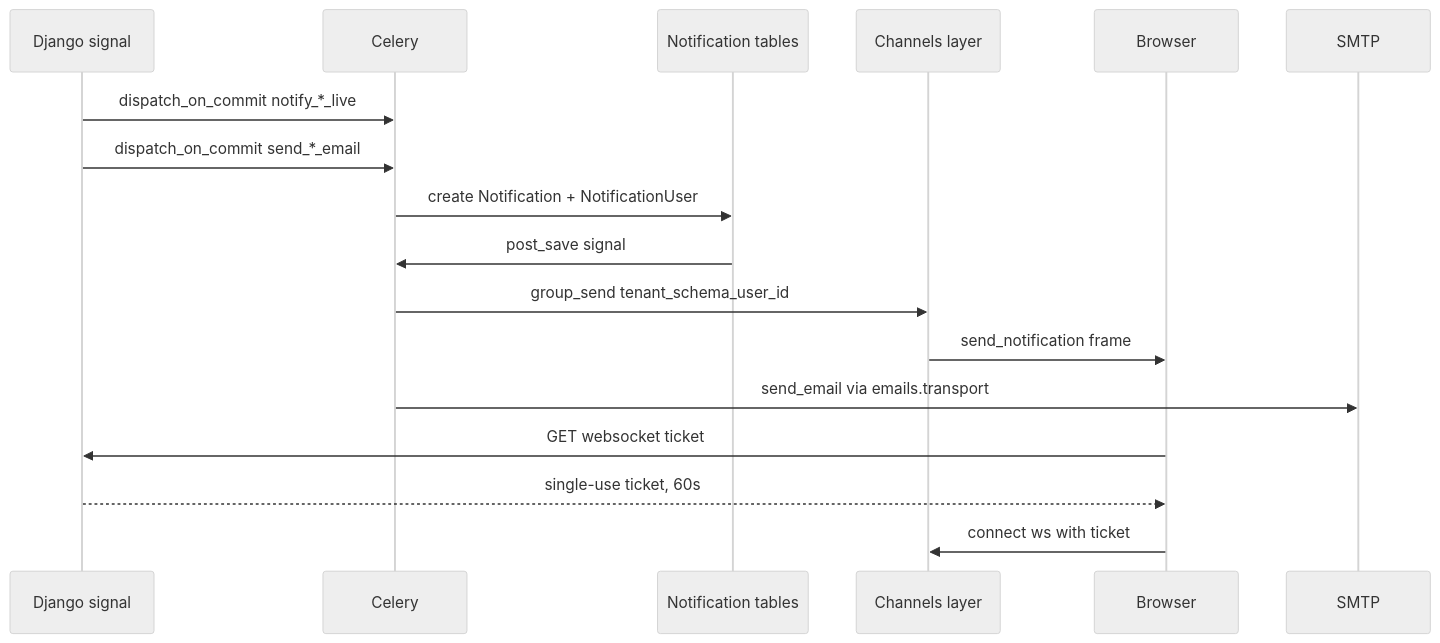
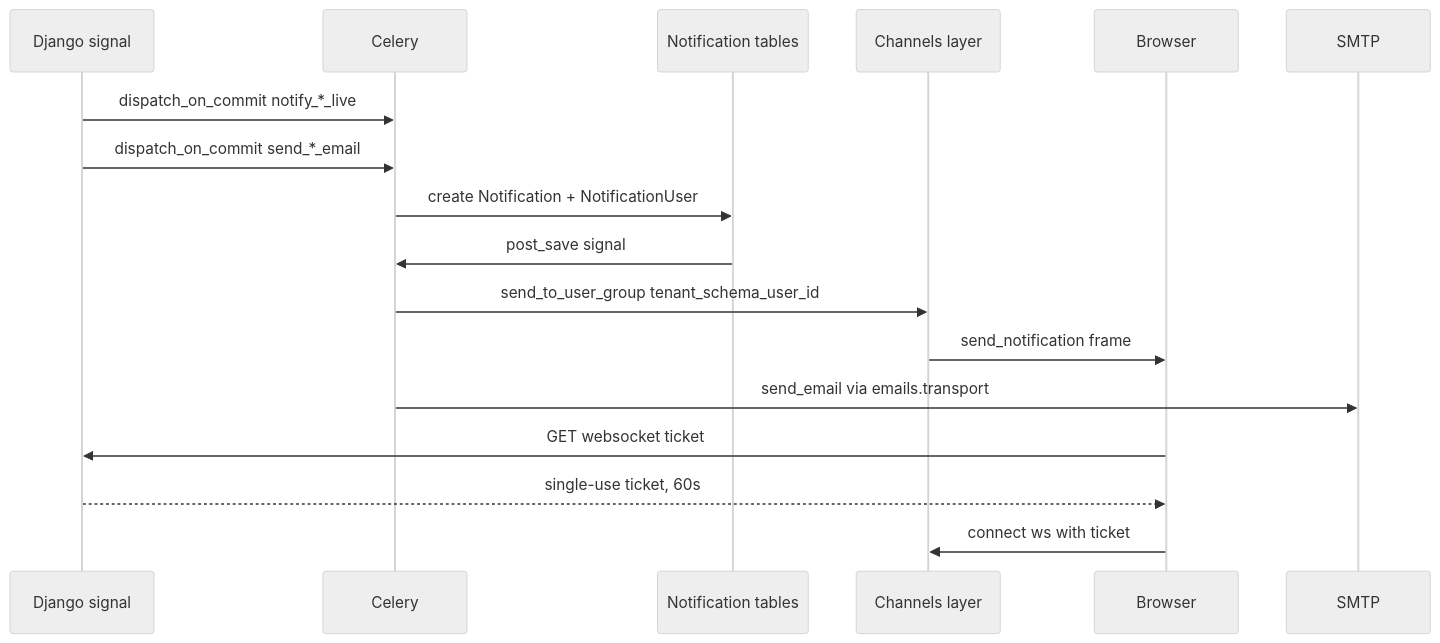
One commit to vasilistotskas/grooveshop-docs changed the diagram in src/dev/flows/notifications-and-email.md. Above: the diagram before and after it, drawn with Mermaid (neutral theme). The commit also changed other lines of this file and 20 other files, not shown here.

````diff
--- a/src/dev/flows/notifications-and-email.md
+++ b/src/dev/flows/notifications-and-email.md
@@ -26,20 +26,20 @@
 ```mermaid
 sequenceDiagram
   participant D as Django signal
   participant Q as Celery
   participant DB as Notification tables
   participant CL as Channels layer
   participant B as Browser
   participant M as SMTP
 
   D->>Q: dispatch_on_commit notify_*_live
   D->>Q: dispatch_on_commit send_*_email
   Q->>DB: create Notification + NotificationUser
   DB->>Q: post_save signal
-  Q->>CL: group_send tenant_schema_user_id
+  Q->>CL: send_to_user_group tenant_schema_user_id
   CL->>B: send_notification frame
   Q->>M: send_email via emails.transport
   B->>D: GET websocket ticket
   D-->>B: single-use ticket, 60s
   B->>CL: connect ws with ticket
 ```
````
